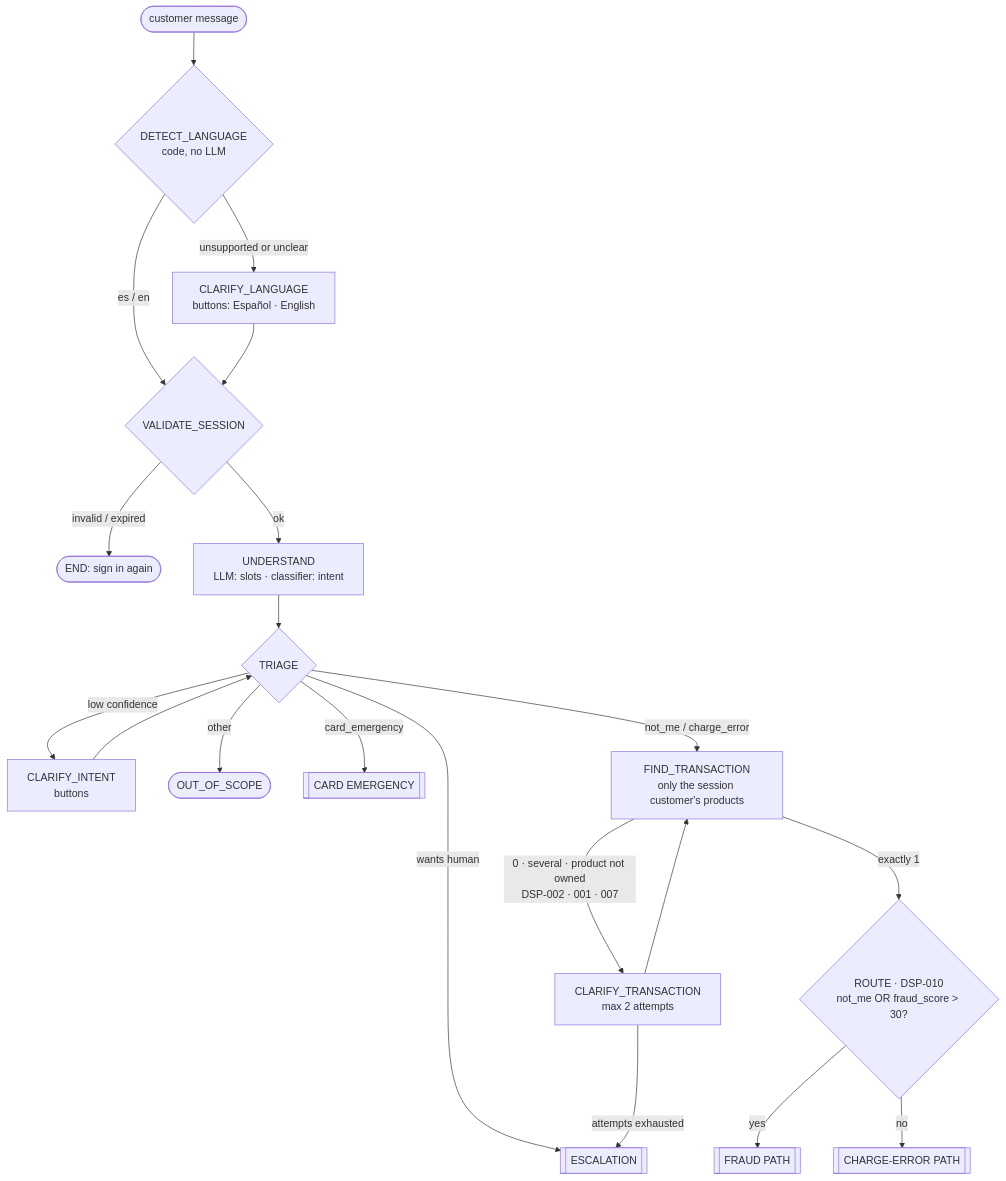
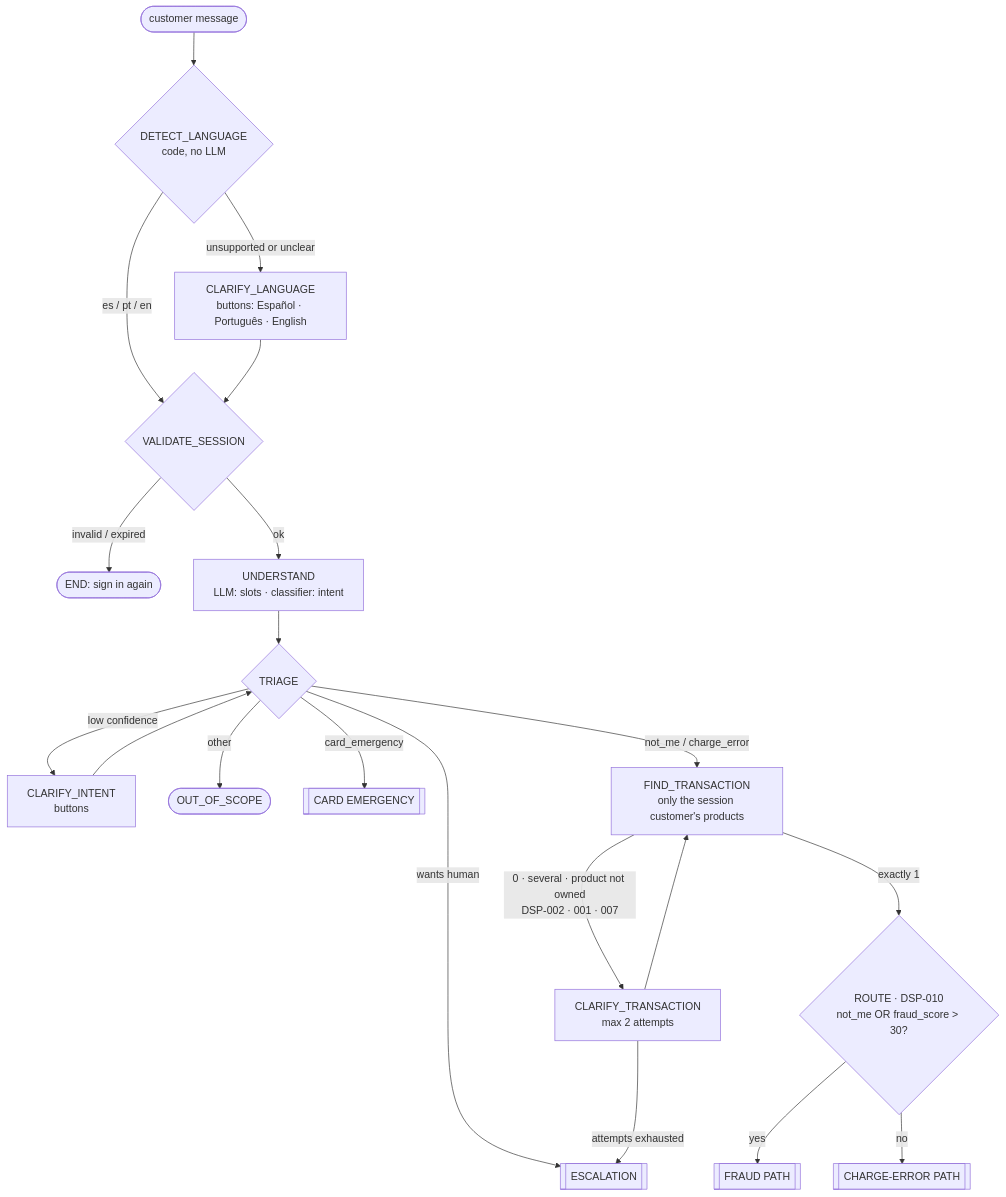
One commit to Valeriacv918/factored-hackathon-2026-epsilon-greedy changed the first of 5 diagrams in docs/STATE_MACHINE2.md. Above: the diagram before and after it, drawn with Mermaid. The commit also changed other lines of this file and 42 other files, not shown here.

````diff
--- a/docs/STATE_MACHINE2.md
+++ b/docs/STATE_MACHINE2.md
@@ -26,19 +26,19 @@
 ```mermaid
 flowchart TD
     MSG([customer message]) --> LANG{"DETECT_LANGUAGE<br/>code, no LLM"}
-    LANG -- "es / en" --> VS{VALIDATE_SESSION}
-    LANG -- "unsupported or unclear" --> CL["CLARIFY_LANGUAGE<br/>buttons: Español · English"] --> VS
+    LANG -- "es / pt / en" --> VS{VALIDATE_SESSION}
+    LANG -- "unsupported or unclear" --> CL["CLARIFY_LANGUAGE<br/>buttons: Español · Português · English"] --> VS
     VS -- invalid / expired --> ENDA([END: sign in again])
     VS -- ok --> UND["UNDERSTAND<br/>LLM: slots · classifier: intent"]
     UND --> TRI{TRIAGE}
     TRI -- low confidence --> CI["CLARIFY_INTENT<br/>buttons"] --> TRI
     TRI -- other --> OOS([OUT_OF_SCOPE])
     TRI -- wants human --> ESC[[ESCALATION]]
     TRI -- card_emergency --> EMG[[CARD EMERGENCY]]
     TRI -- "not_me / charge_error" --> FIND["FIND_TRANSACTION<br/>only the session customer's products"]
     FIND -- "0 · several · product not owned<br/>DSP-002 · 001 · 007" --> CT["CLARIFY_TRANSACTION<br/>max 2 attempts"] --> FIND
     CT -- attempts exhausted --> ESC
     FIND -- exactly 1 --> RT{"ROUTE · DSP-010<br/>not_me OR fraud_score > 30?"}
     RT -- yes --> FR[[FRAUD PATH]]
     RT -- no --> CH[[CHARGE-ERROR PATH]]
 ```
````
